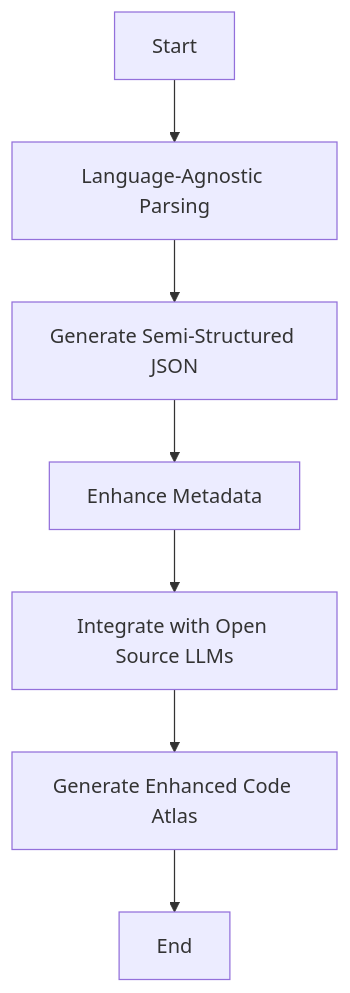
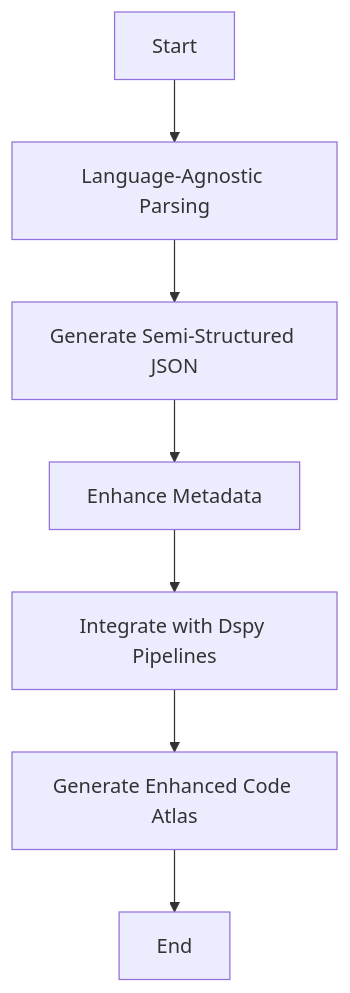
Before and after one commit to unoplat/unoplat-code-confluence: the second of 2 diagrams in unoplat-code-confluence/README.md, drawn with Mermaid. The commit also changed other lines of this file, not shown here.

````diff
--- a/unoplat-code-confluence/README.md
+++ b/unoplat-code-confluence/README.md
@@ -58,9 +64,9 @@
 ```mermaid
 graph TD
     A[Start] --> B[Language-Agnostic Parsing]
     B --> C[Generate Semi-Structured JSON]
     C --> D[Enhance Metadata]
-    D --> E[Integrate with Open Source LLMs]
+    D --> E[Integrate with Dspy Pipelines]
     E --> F[Generate Enhanced Code Atlas]
     F --> G[End]
 ```
````
